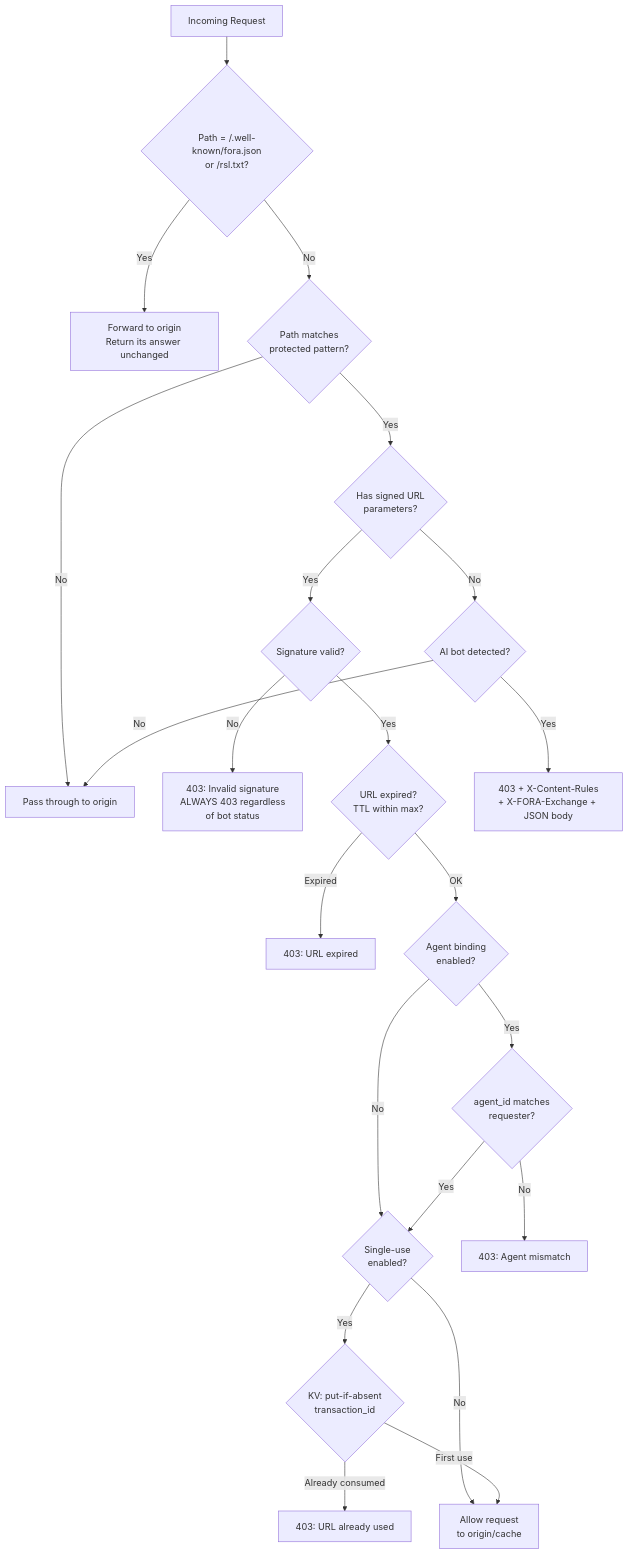
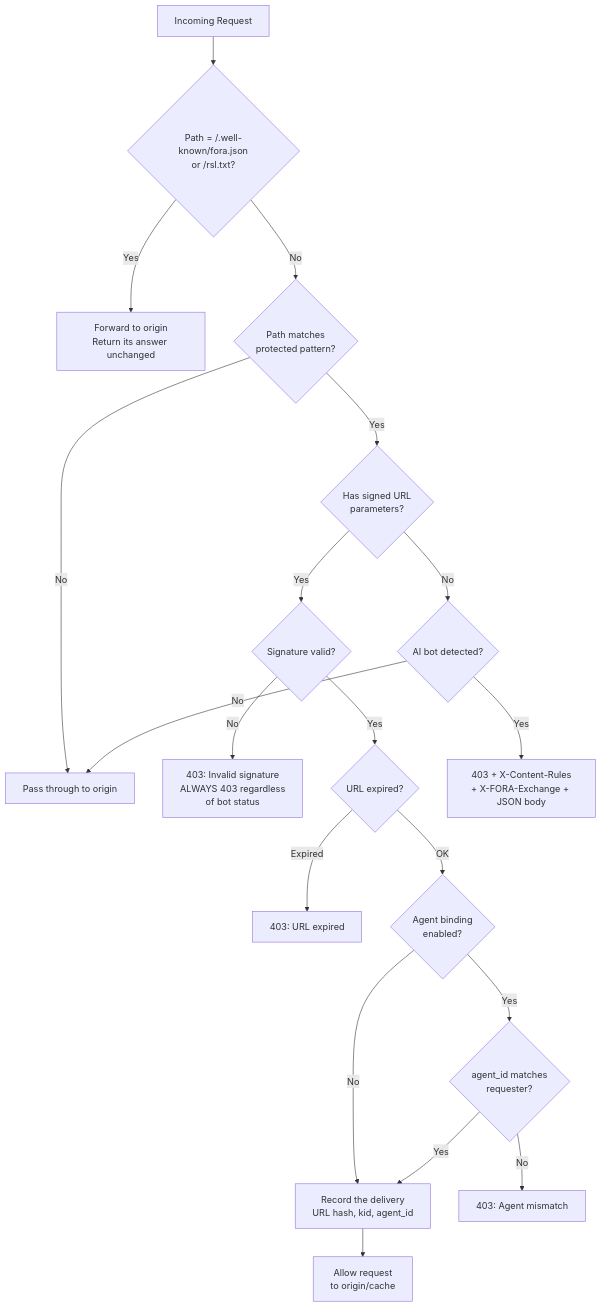
One commit to FORA-Protocol/protocol changed the diagram in website/src/content/docs/components/edge-function/overview.mdx. Above: the diagram before and after it, drawn with Mermaid. The commit also changed other lines of this file and 18 other files, not shown here.

````diff
--- a/website/src/content/docs/components/edge-function/overview.mdx
+++ b/website/src/content/docs/components/edge-function/overview.mdx
@@ -39,24 +39,21 @@
 ```mermaid
 flowchart TD
     REQ[Incoming Request] --> PROVIDER_DOCS{Path = /.well-known/fora.json<br/>or /rsl.txt?}
     PROVIDER_DOCS -->|Yes| FORWARD_DOCS[Forward to origin<br/>Return its answer unchanged]
     PROVIDER_DOCS -->|No| PROTECTED{Path matches<br/>protected pattern?}
     PROTECTED -->|No| PASSTHROUGH[Pass through to origin]
     PROTECTED -->|Yes| HAS_SIG{Has signed URL<br/>parameters?}
     HAS_SIG -->|Yes| VERIFY_SIG{Signature valid?}
     VERIFY_SIG -->|No| BLOCK_INVALID[403: Invalid signature<br/>ALWAYS 403 regardless<br/>of bot status]
-    VERIFY_SIG -->|Yes| CHECK_EXPIRY{URL expired?<br/>TTL within max?}
+    VERIFY_SIG -->|Yes| CHECK_EXPIRY{URL expired?}
     CHECK_EXPIRY -->|Expired| BLOCK_EXPIRED[403: URL expired]
     CHECK_EXPIRY -->|OK| CHECK_AGENT{Agent binding<br/>enabled?}
     CHECK_AGENT -->|Yes| VERIFY_AGENT{agent_id matches<br/>requester?}
-    CHECK_AGENT -->|No| CHECK_SINGLE_USE
+    CHECK_AGENT -->|No| LOG_DELIVERY
     VERIFY_AGENT -->|No| BLOCK_AGENT[403: Agent mismatch]
-    VERIFY_AGENT -->|Yes| CHECK_SINGLE_USE{Single-use<br/>enabled?}
-    CHECK_SINGLE_USE -->|Yes| KV_CHECK{KV: put-if-absent<br/>transaction_id}
-    CHECK_SINGLE_USE -->|No| ALLOW[Allow request<br/>to origin/cache]
-    KV_CHECK -->|Already consumed| BLOCK_REUSE[403: URL already used]
-    KV_CHECK -->|First use| ALLOW
+    VERIFY_AGENT -->|Yes| LOG_DELIVERY[Record the delivery<br/>URL hash, kid, agent_id]
+    LOG_DELIVERY --> ALLOW[Allow request<br/>to origin/cache]
     HAS_SIG -->|No| IS_BOT{AI bot detected?}
     IS_BOT -->|Yes| BLOCK_BOT[403 + X-Content-Rules<br/>+ X-FORA-Exchange + JSON body]
     IS_BOT -->|No| PASSTHROUGH
 ```
````
